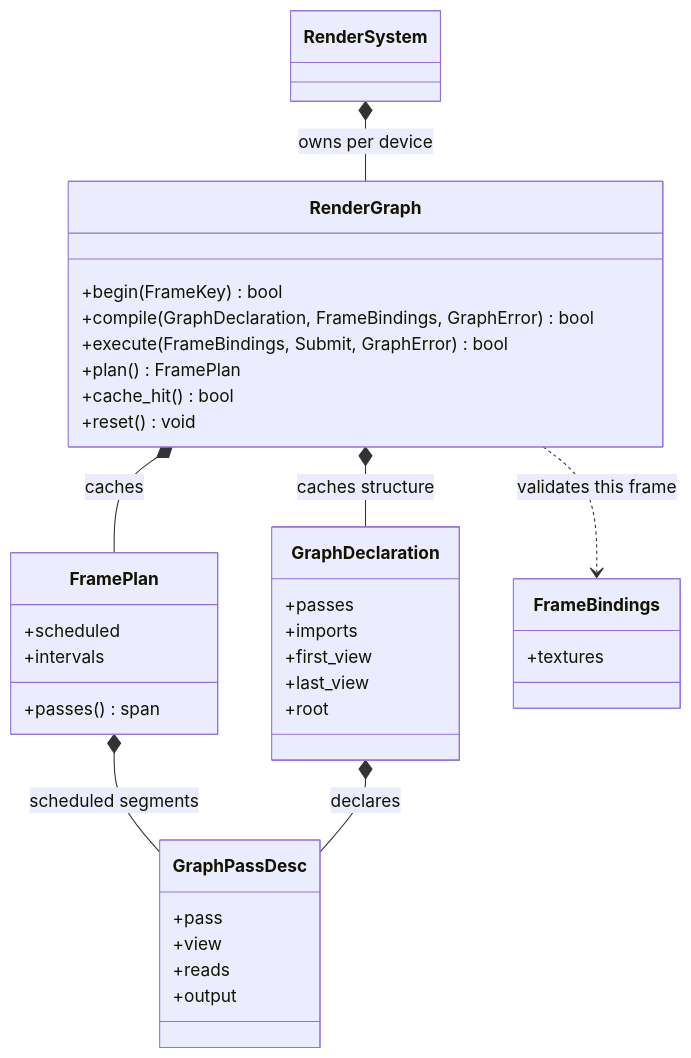
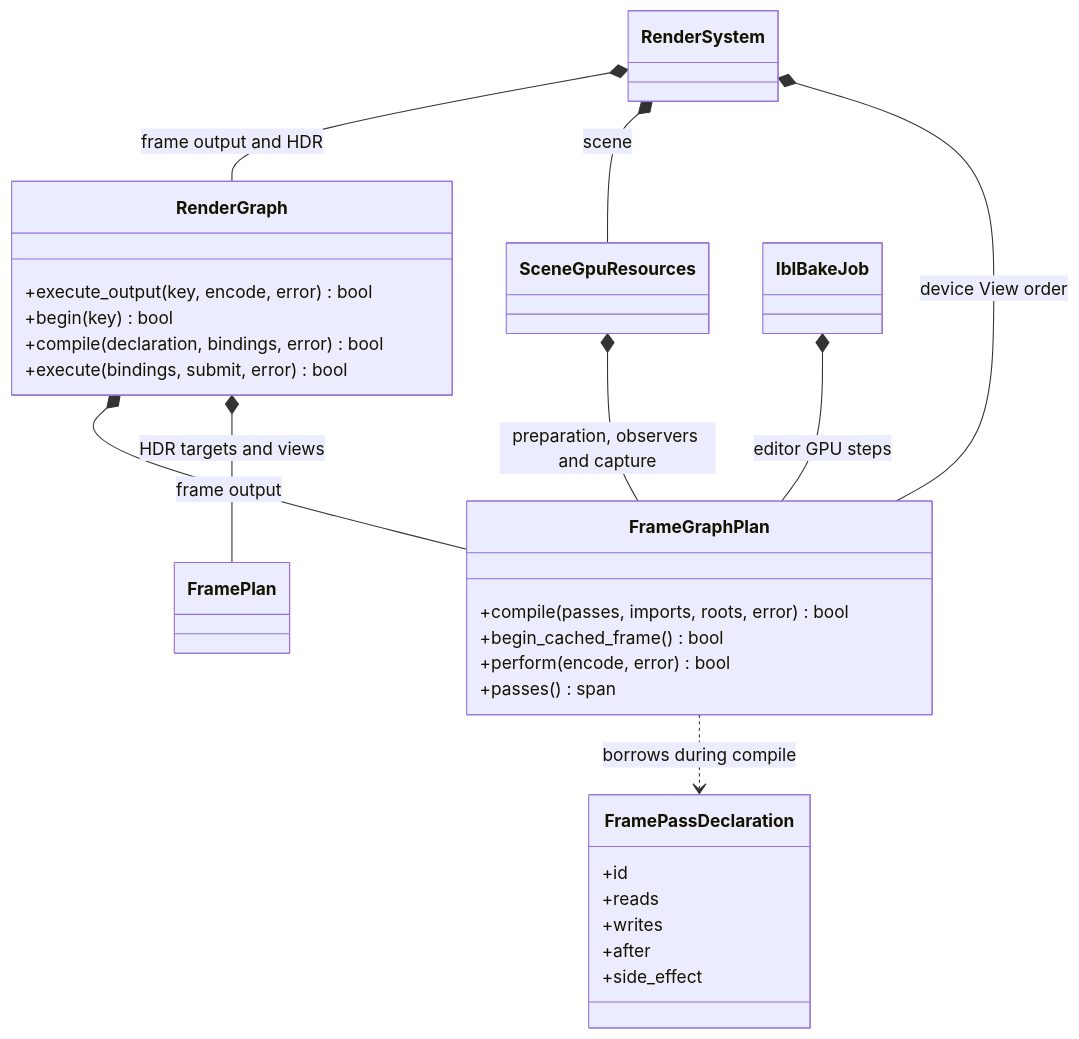
Before and after one commit to lcgamedevelop/Engine: the first of 2 diagrams in docs/runtime/class-diagrams/render-graph.md, drawn with Mermaid. The commit also changed other lines of this file and 59 other files, not shown here.

Commit message:
feat(render): schedule the complete frame and device views through the render graph

````diff
--- a/docs/runtime/class-diagrams/render-graph.md
+++ b/docs/runtime/class-diagrams/render-graph.md
@@ -15,40 +15,35 @@
 ```mermaid
 classDiagram
 direction TB
 class RenderSystem
+class SceneGpuResources
 class RenderGraph {
-  +begin(FrameKey) bool
-  +compile(GraphDeclaration, FrameBindings, GraphError) bool
-  +execute(FrameBindings, Submit, GraphError) bool
-  +plan() FramePlan
-  +cache_hit() bool
-  +reset() void
+  +execute_output(key, encode, error) bool
+  +begin(key) bool
+  +compile(declaration, bindings, error) bool
+  +execute(bindings, submit, error) bool
 }
-class FramePlan {
-  +scheduled
-  +intervals
+class FrameGraphPlan {
+  +compile(passes, imports, roots, error) bool
+  +begin_cached_frame() bool
+  +perform(encode, error) bool
   +passes() span
 }
-class GraphDeclaration {
-  +passes
-  +imports
-  +first_view
-  +last_view
-  +root
+class FramePassDeclaration {
+  +id
+  +reads
+  +writes
+  +after
+  +side_effect
 }
-class GraphPassDesc {
-  +pass
-  +view
-  +reads
-  +output
-}
-class FrameBindings {
-  +textures
-}
-RenderSystem *-- RenderGraph : owns per device
-RenderGraph *-- FramePlan : caches
-RenderGraph *-- GraphDeclaration : caches structure
-RenderGraph ..> FrameBindings : validates this frame
-FramePlan *-- GraphPassDesc : scheduled segments
-GraphDeclaration *-- GraphPassDesc : declares
+class FramePlan
+class IblBakeJob
+RenderSystem *-- RenderGraph : frame output and HDR
+RenderSystem *-- SceneGpuResources : scene
+RenderSystem *-- FrameGraphPlan : device View order
+RenderGraph *-- FrameGraphPlan : frame output
+RenderGraph *-- FramePlan : HDR targets and views
+SceneGpuResources *-- FrameGraphPlan : preparation, observers and capture
+IblBakeJob *-- FrameGraphPlan : editor GPU steps
+FrameGraphPlan ..> FramePassDeclaration : borrows during compile
 ```
````
